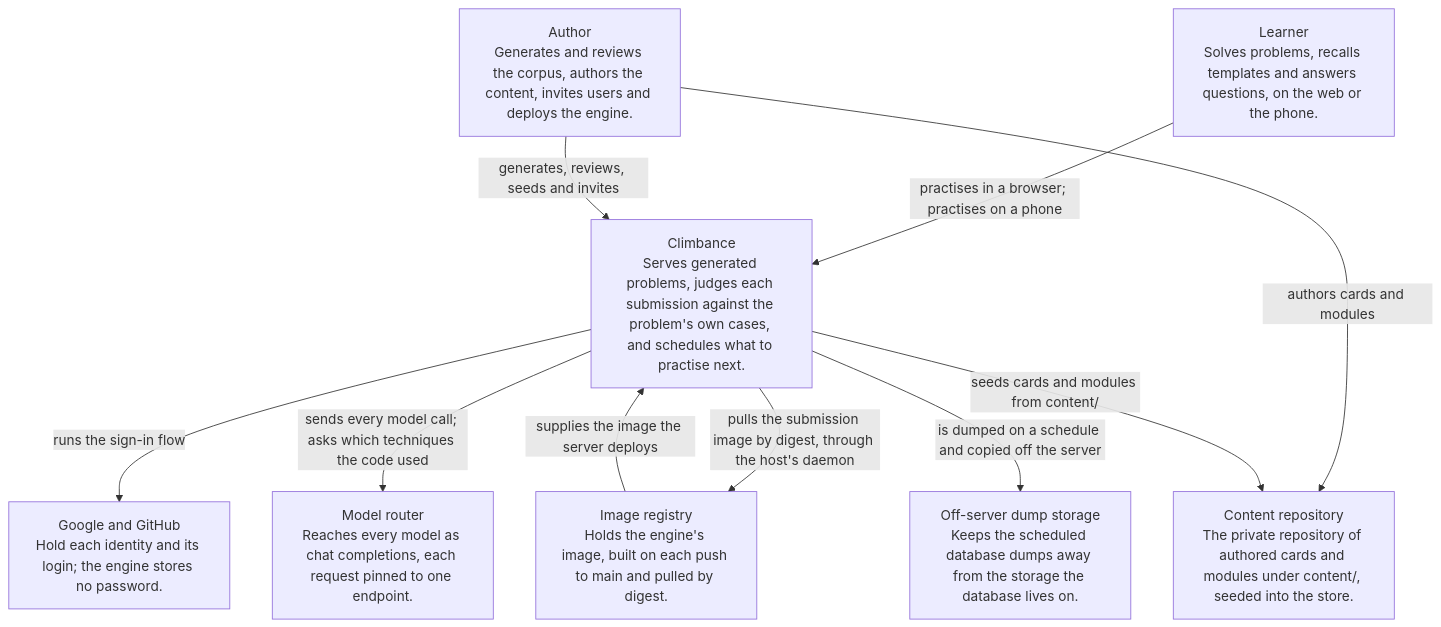
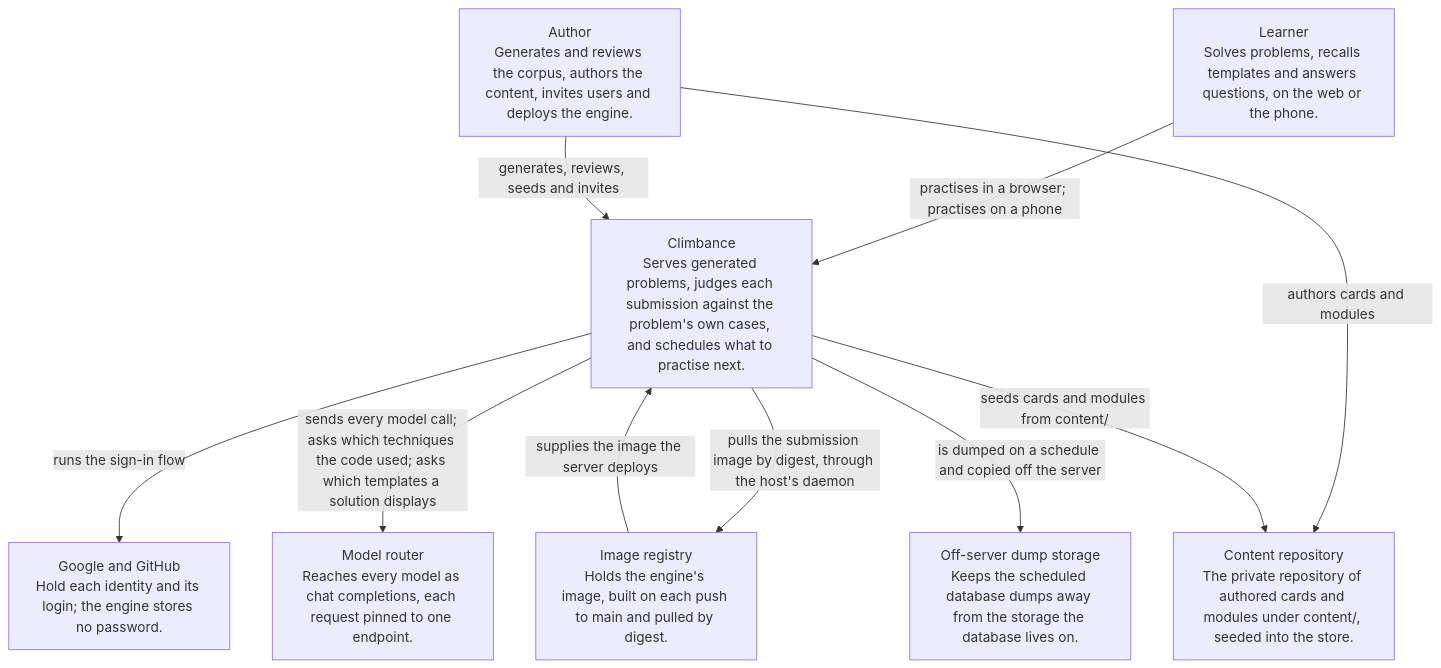
Before and after one commit to climbance/climbance: the first of 4 diagrams in docs/architecture/README.md, drawn with Mermaid. The commit also changed other lines of this file and 47 other files, not shown here.

First line of the commit message:
docs(architecture): split content.md by element

````diff
--- a/docs/architecture/README.md
+++ b/docs/architecture/README.md
@@ -12,20 +12,20 @@
 ```mermaid
 flowchart TB
     engine["Climbance<br/>Serves generated problems, judges each submission against the problem's own cases, and schedules what to practise next."]
     learner["Learner<br/>Solves problems, recalls templates and answers questions, on the web or the phone."]
     author["Author<br/>Generates and reviews the corpus, authors the content, invites users and deploys the engine."]
     identity_providers["Google and GitHub<br/>Hold each identity and its login; the engine stores no password."]
     model_router["Model router<br/>Reaches every model as chat completions, each request pinned to one endpoint."]
     content_repo["Content repository<br/>The private repository of authored cards and modules under content/, seeded into the store."]
     image_registry["Image registry<br/>Holds the engine's image, built on each push to main and pulled by digest."]
     offsite_dumps["Off-server dump storage<br/>Keeps the scheduled database dumps away from the storage the database lives on."]
     learner -->|"practises in a browser; practises on a phone"| engine
     author -->|"generates, reviews, seeds and invites"| engine
     author -->|"authors cards and modules"| content_repo
     engine -->|"runs the sign-in flow"| identity_providers
     engine -->|"pulls the submission image by digest, through the host's daemon"| image_registry
-    engine -->|"sends every model call; asks which techniques the code used"| model_router
+    engine -->|"sends every model call; asks which techniques the code used; asks which templates a solution displays"| model_router
     engine -->|"seeds cards and modules from content/"| content_repo
     image_registry -->|"supplies the image the server deploys"| engine
     engine -->|"is dumped on a schedule and copied off the server"| offsite_dumps
 ```
````
